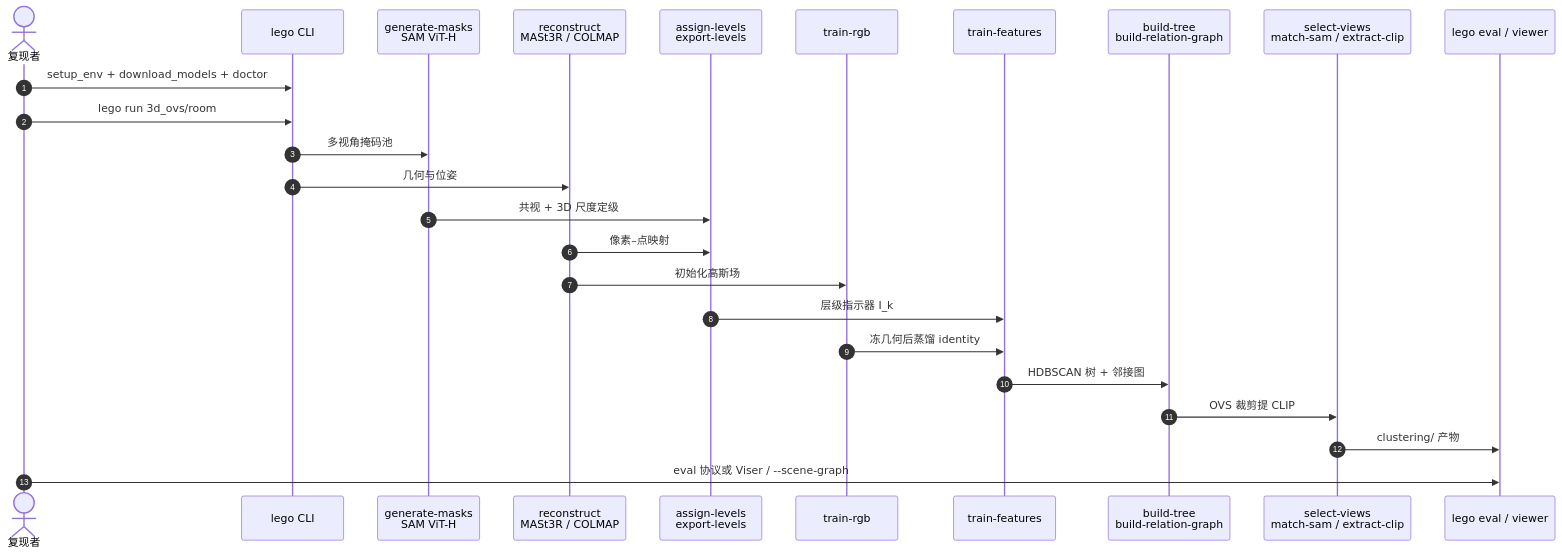
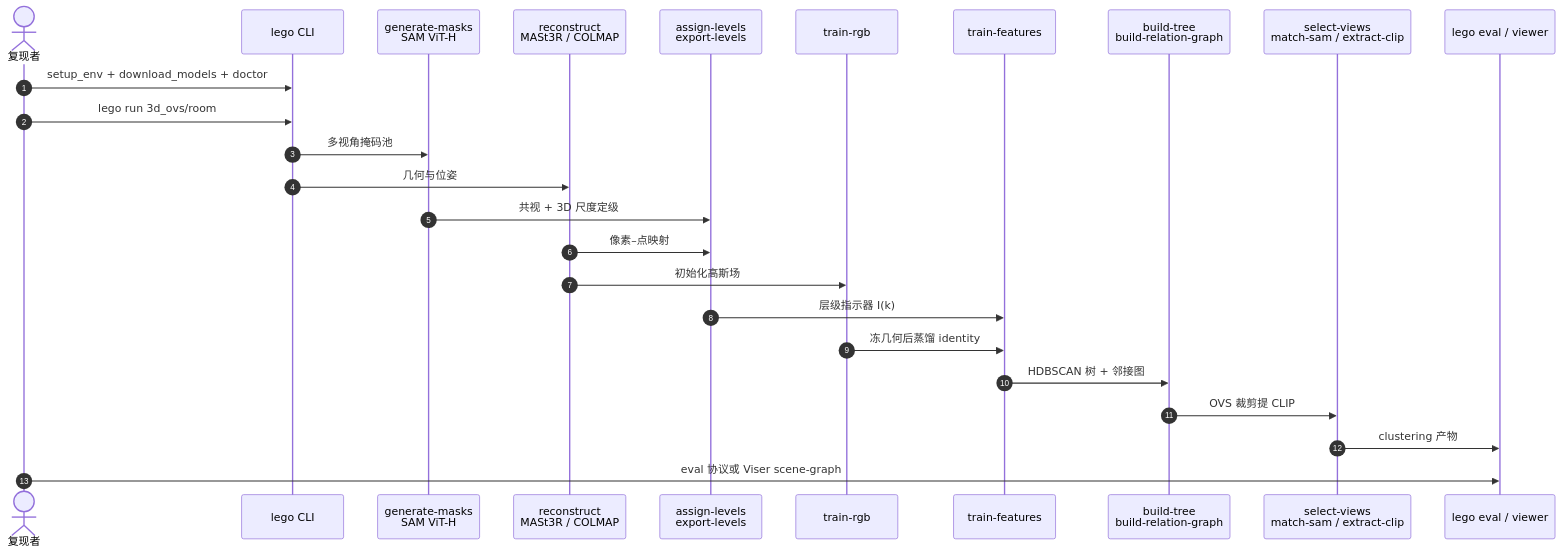
Before and after one commit to ImChong/Robotics_Notebooks: the second of 2 diagrams in wiki/entities/paper-lego-leveled-language-gaussian-splatting.md, drawn with Mermaid. The commit also changed other lines of this file, not shown here.

Commit message:
fix(wiki): 修复 LEGO 流程总览 mermaid 保留字 graph 导致渲染失败

````diff
--- a/wiki/entities/paper-lego-leveled-language-gaussian-splatting.md
+++ b/wiki/entities/paper-lego-leveled-language-gaussian-splatting.md
@@ -120,27 +120,27 @@
 ```mermaid
 sequenceDiagram
     autonumber
     actor U as 复现者
     participant CLI as lego CLI
     participant SAM as generate-masks<br/>SAM ViT-H
     participant SFM as reconstruct<br/>MASt3R / COLMAP
     participant LVL as assign-levels<br/>export-levels
     participant RGB as train-rgb
     participant FEAT as train-features
     participant TREE as build-tree<br/>build-relation-graph
     participant CLIP as select-views<br/>match-sam / extract-clip
     participant EVAL as lego eval / viewer
     U->>CLI: setup_env + download_models + doctor
     U->>CLI: lego run 3d_ovs/room
     CLI->>SAM: 多视角掩码池
     CLI->>SFM: 几何与位姿
     SAM->>LVL: 共视 + 3D 尺度定级
     SFM->>LVL: 像素–点映射
     SFM->>RGB: 初始化高斯场
-    LVL->>FEAT: 层级指示器 I_k
+    LVL->>FEAT: 层级指示器 I(k)
     RGB->>FEAT: 冻几何后蒸馏 identity
     FEAT->>TREE: HDBSCAN 树 + 邻接图
     TREE->>CLIP: OVS 裁剪提 CLIP
-    CLIP->>EVAL: clustering/ 产物
-    U->>EVAL: eval 协议或 Viser / --scene-graph
+    CLIP->>EVAL: clustering 产物
+    U->>EVAL: eval 协议或 Viser scene-graph
 ```
````
